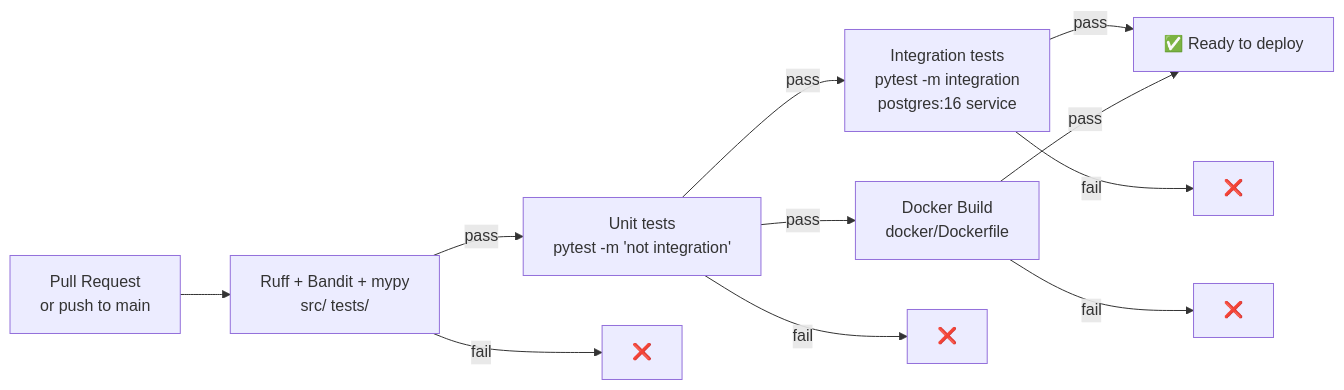
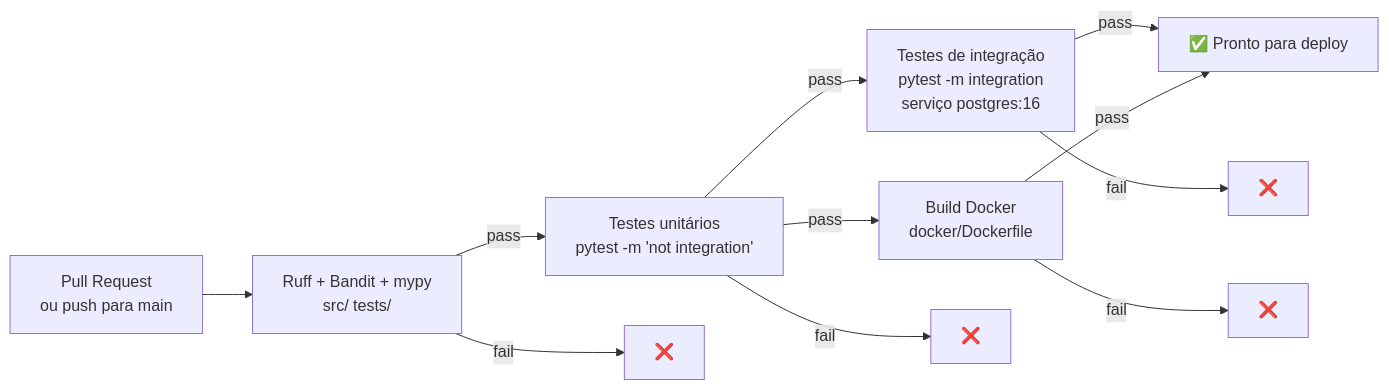
One commit to jrhumberto/fastmcp-public-service changed the fourth of 8 diagrams in README.md. Above: the diagram before and after it, drawn with Mermaid. The commit also changed other lines of this file, not shown here.

````diff
--- a/README.md
+++ b/README.md
@@ -216,19 +263,19 @@
 ```mermaid
 flowchart LR
-    PR["Pull Request<br/>or push to main"]
+    PR["Pull Request<br/>ou push para main"]
     Lint["Ruff + Bandit + mypy<br/>src/ tests/"]
-    Unit["Unit tests<br/>pytest -m 'not integration'"]
-    Int["Integration tests<br/>pytest -m integration<br/>postgres:16 service"]
-    Docker["Docker Build<br/>docker/Dockerfile"]
-    Done["✅ Ready to deploy"]
+    Unit["Testes unitários<br/>pytest -m 'not integration'"]
+    Int["Testes de integração<br/>pytest -m integration<br/>serviço postgres:16"]
+    Docker["Build Docker<br/>docker/Dockerfile"]
+    Done["✅ Pronto para deploy"]
 
     PR --> Lint
     Lint -->|pass| Unit
     Unit -->|pass| Int & Docker
     Int -->|pass| Done
     Docker -->|pass| Done
     Lint -->|fail| X1["❌"]
     Unit -->|fail| X2["❌"]
     Int -->|fail| X3["❌"]
     Docker -->|fail| X4["❌"]
 ```
````
